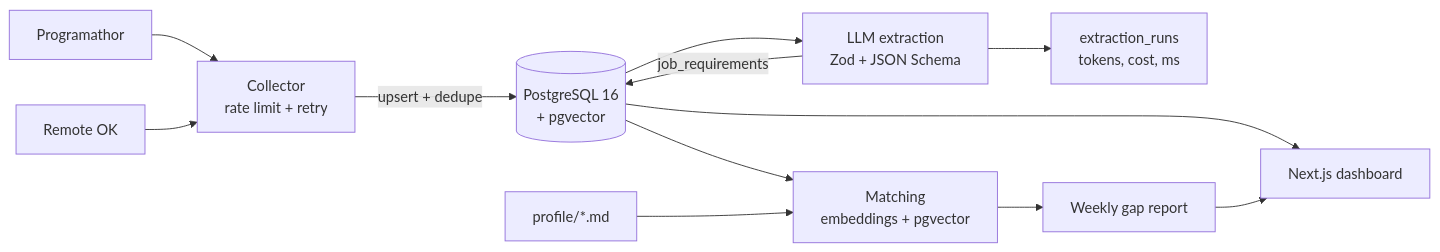
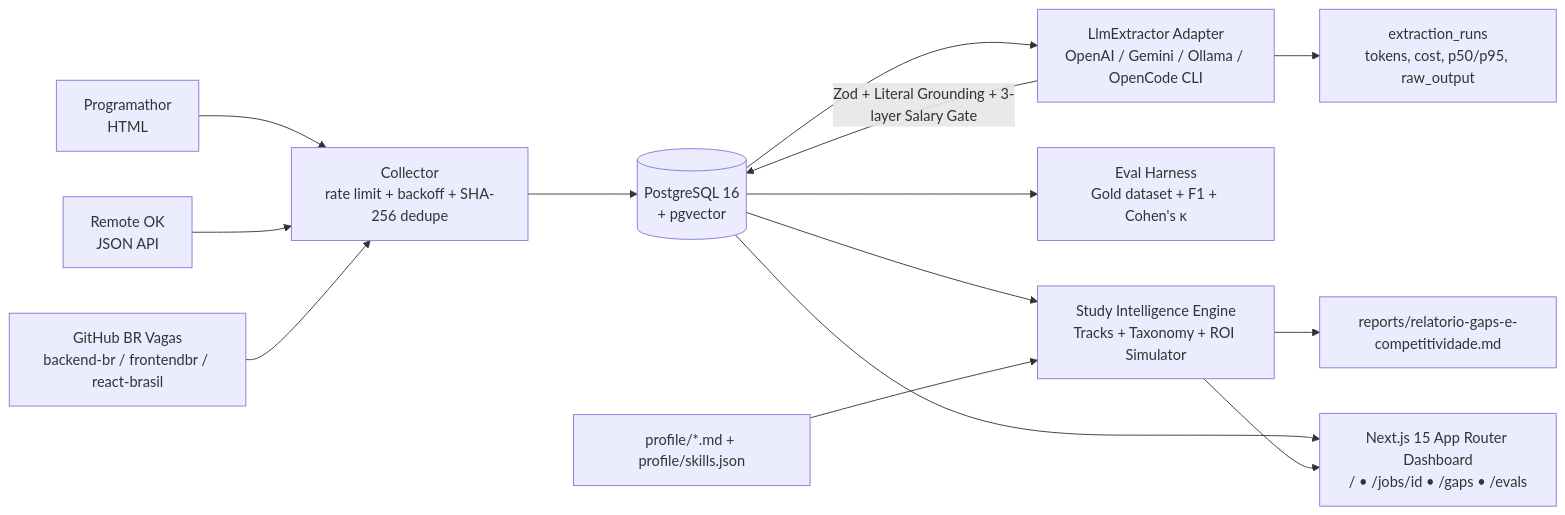
The diagram in README.md (joaovictorlongo/job-radar-ai), drawn with Mermaid before and after one commit. The commit also changed other lines of this file and 17 other files, not shown here.

First line of the commit message:
feat: adapter OpenCode CLI (DeepSeek 4.1 Flash), coletor GitHub BR, análise 53 vagas e README final

````diff
--- a/README.md
+++ b/README.md
@@ -37,14 +11,16 @@
 ```mermaid
 flowchart LR
-  G[Programathor] --> C[Collector<br/>rate limit + retry]
-  R[Remote OK] --> C
-  C -->|upsert + dedupe| DB[(PostgreSQL 16<br/>+ pgvector)]
-  DB --> X[LLM extraction<br/>Zod + JSON Schema]
-  X -->|job_requirements| DB
-  X --> L[extraction_runs<br/>tokens, cost, ms]
-  DB --> M[Matching<br/>embeddings + pgvector]
-  PR[profile/*.md] --> M
-  M --> RP[Weekly gap report]
-  DB --> W[Next.js dashboard]
-  RP --> W
+  P[Programathor<br/>HTML] --> C[Collector<br/>rate limit + backoff + SHA-256 dedupe]
+  R[Remote OK<br/>JSON API] --> C
+  G[GitHub BR Vagas<br/>backend-br / frontendbr / react-brasil] --> C
+  C --> DB[(PostgreSQL 16<br/>+ pgvector)]
+  DB --> X[LlmExtractor Adapter<br/>OpenAI / Gemini / Ollama / OpenCode CLI]
+  X -->|Zod + Literal Grounding + 3-layer Salary Gate| DB
+  X --> T[extraction_runs<br/>tokens, cost, p50/p95, raw_output]
+  DB --> E[Eval Harness<br/>Gold dataset + F1 + Cohen's κ]
+  DB --> S[Study Intelligence Engine<br/>Tracks + Taxonomy + ROI Simulator]
+  PR[profile/*.md + profile/skills.json] --> S
+  S --> RP[reports/relatorio-gaps-e-competitividade.md]
+  DB --> W[Next.js 15 App Router Dashboard<br/>/ • /jobs/id • /gaps • /evals]
+  S --> W
 ```
````
